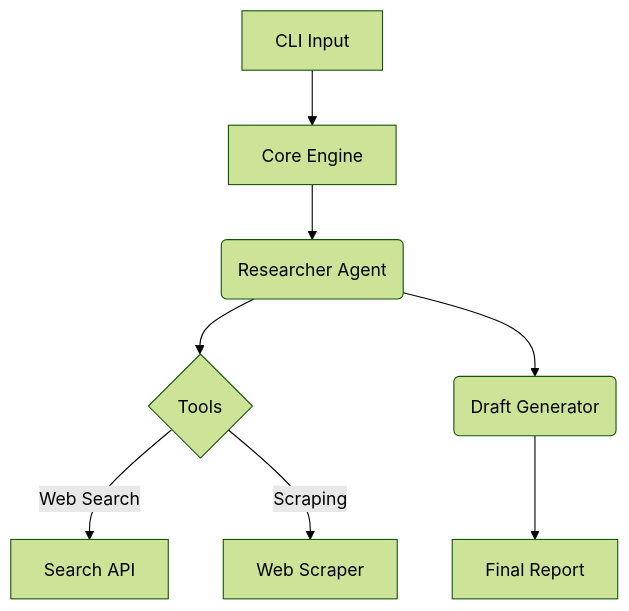
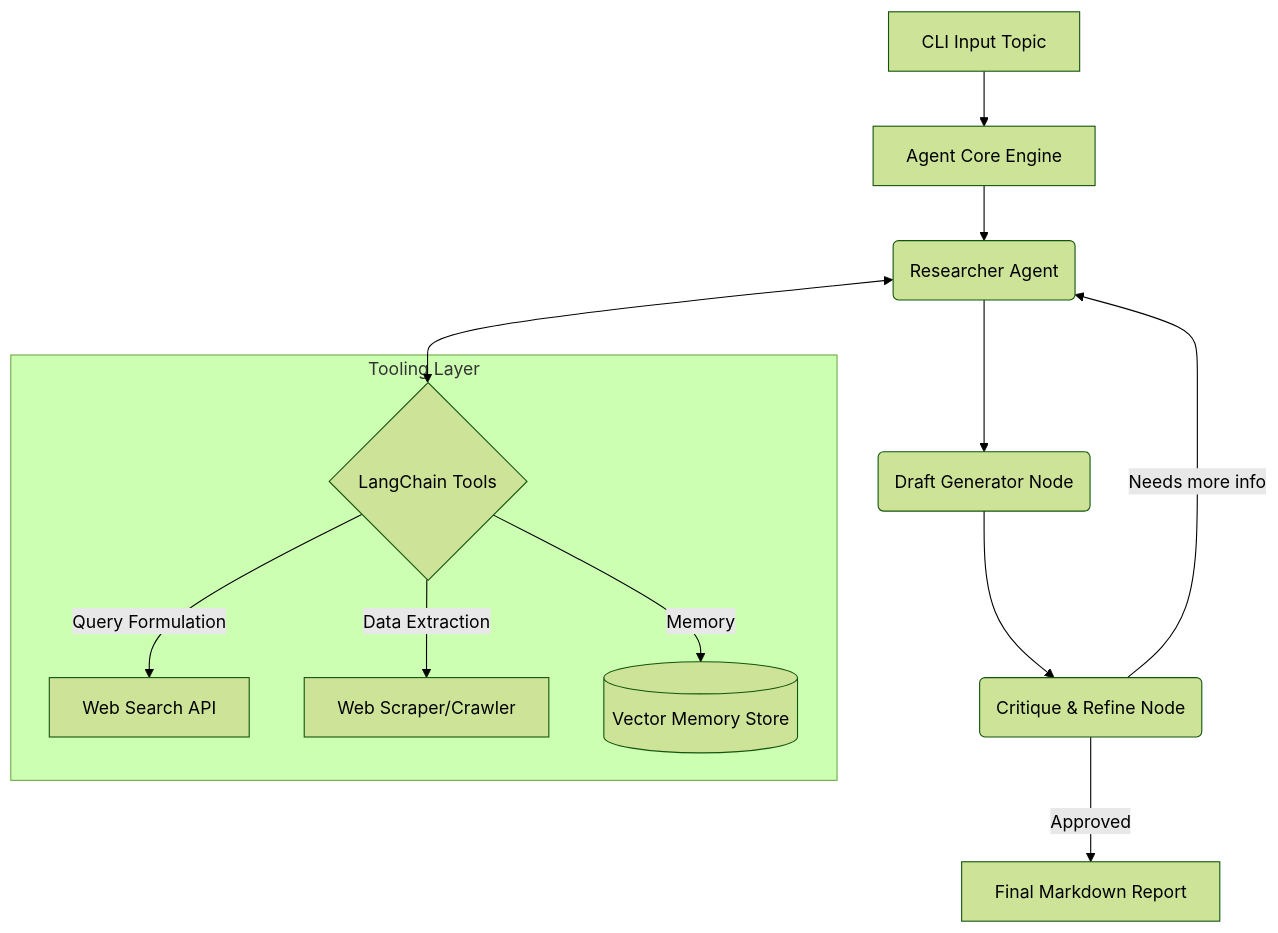
One commit to shenald-dev/autoresearch-agent changed the diagram in README.md. Above: the diagram before and after it, drawn with Mermaid (forest theme). The commit also changed other lines of this file, not shown here.

````diff
--- a/README.md
+++ b/README.md
@@ -24,10 +50,18 @@
 ```mermaid
 graph TD
-    A[CLI Input] --> B[Core Engine]
+    A[CLI Input Topic] --> B[Agent Core Engine]
     B --> C(Researcher Agent)
-    C --> D{Tools}
-    D -->|Web Search| E[Search API]
-    D -->|Scraping| F[Web Scraper]
-    C --> G(Draft Generator)
-    G --> H[Final Report]
+    
+    subgraph Tooling Layer
+        D{LangChain Tools}
+        D -->|Query Formulation| E[Web Search API]
+        D -->|Data Extraction| F[Web Scraper/Crawler]
+        D -->|Memory| M[(Vector Memory Store)]
+    end
+    
+    C <--> D
+    C --> G(Draft Generator Node)
+    G --> H(Critique & Refine Node)
+    H -->|Needs more info| C
+    H -->|Approved| I[Final Markdown Report]
 ```
````
